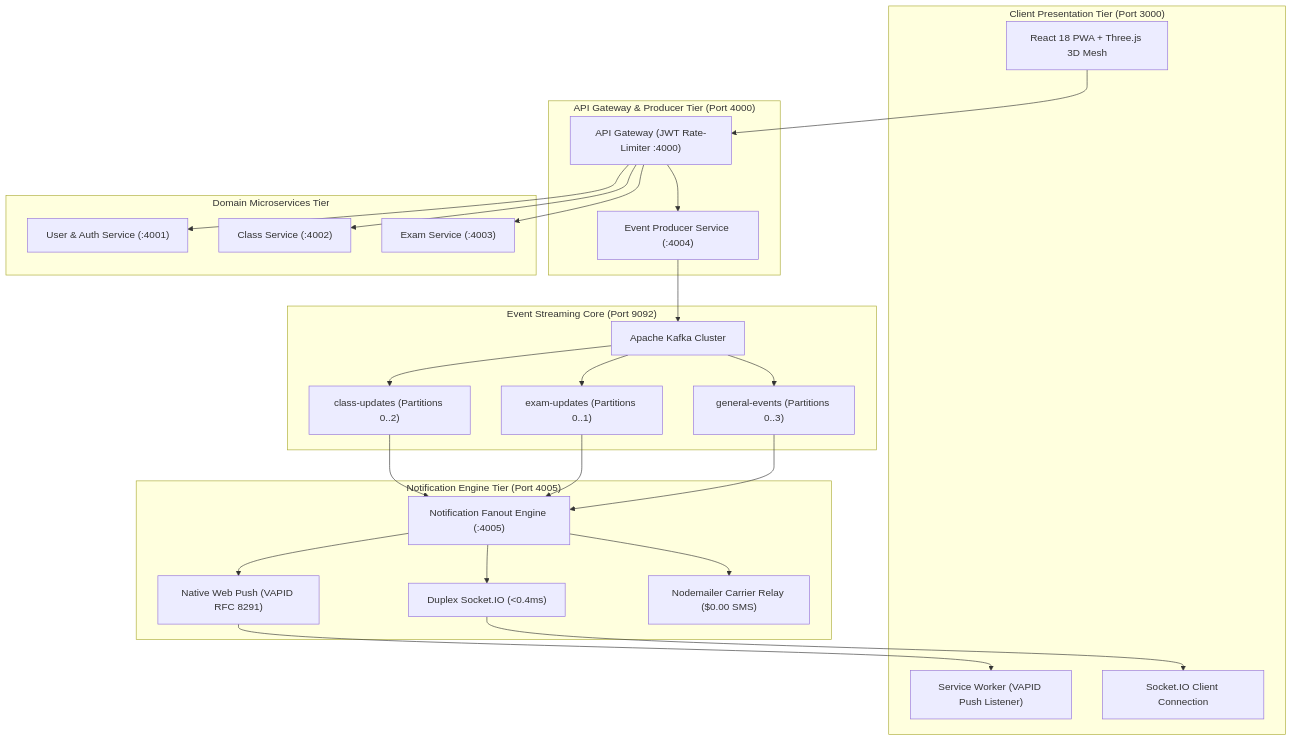
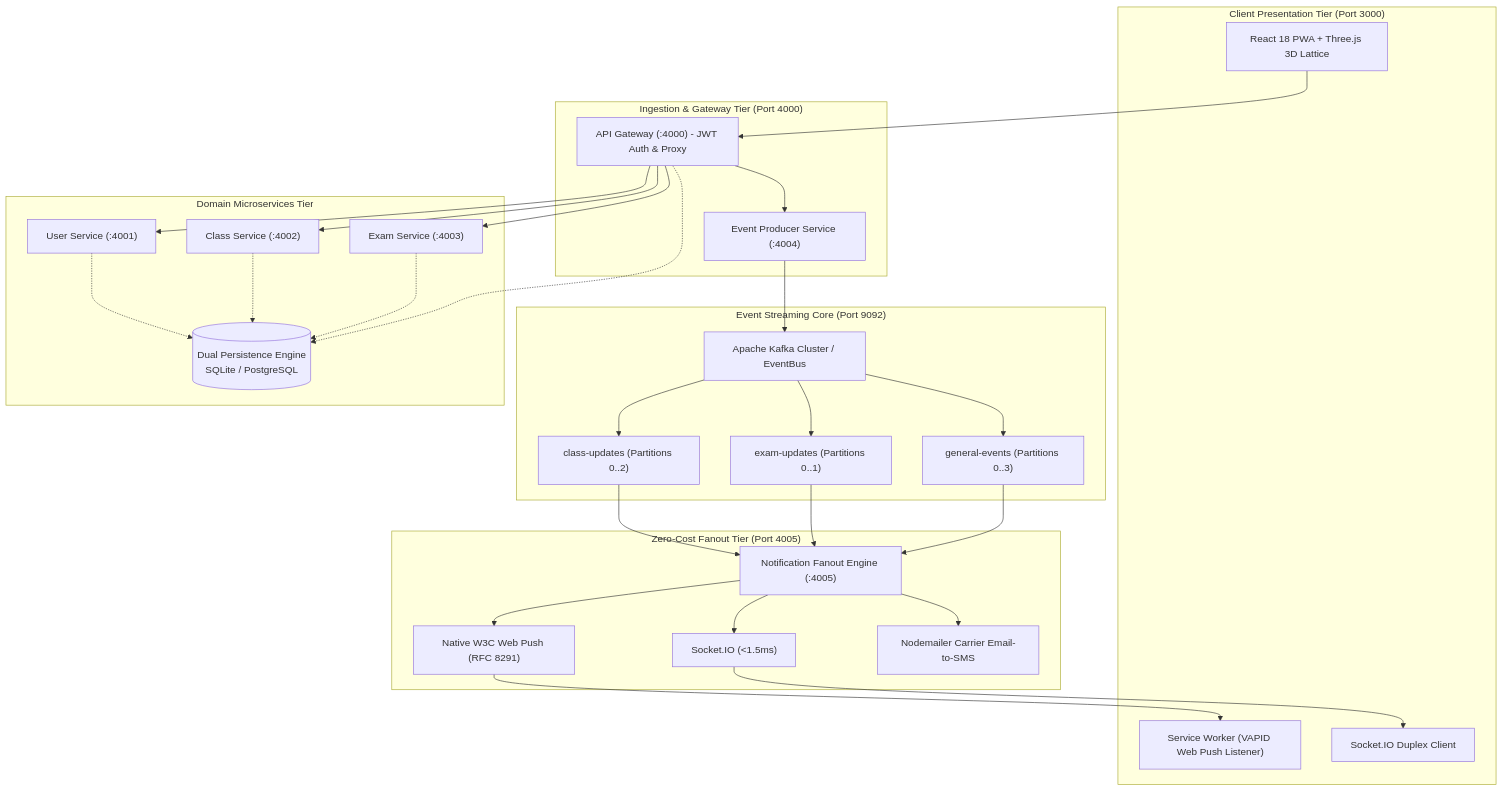
One commit to JoshThomas06/CADENCE-CAMPUS-NOTIFICATION- changed the diagram in README.md. Above: the diagram before and after it, drawn with Mermaid. The commit also changed other lines of this file and 10981 other files, not shown here.

Commit message:
feat: complete platform repository with comprehensive setup guide, embedded SQLite engine, 3-portal auth, and clean gitignore

````diff
--- a/README.md
+++ b/README.md
@@ -57,47 +70,49 @@
 ```mermaid
 flowchart TD
     subgraph Client ["Client Presentation Tier (Port 3000)"]
-        UI["React 18 PWA + Three.js 3D Mesh"]
-        SW["Service Worker (VAPID Push Listener)"]
-        WS["Socket.IO Client Connection"]
+        UI["React 18 PWA + Three.js 3D Lattice"]
+        SW["Service Worker (VAPID Web Push Listener)"]
+        WS["Socket.IO Duplex Client"]
     end
 
-    subgraph Ingestion ["API Gateway & Producer Tier (Port 4000)"]
-        GW["API Gateway (JWT Rate-Limiter :4000)"]
+    subgraph Ingestion ["Ingestion & Gateway Tier (Port 4000)"]
+        GW["API Gateway (:4000) - JWT Auth & Proxy"]
         EP["Event Producer Service (:4004)"]
     end
 
     subgraph Broker ["Event Streaming Core (Port 9092)"]
-        K["Apache Kafka Cluster"]
+        K["Apache Kafka Cluster / EventBus"]
         T1["class-updates (Partitions 0..2)"]
         T2["exam-updates (Partitions 0..1)"]
         T3["general-events (Partitions 0..3)"]
         K --> T1
         K --> T2
         K --> T3
     end
 
     subgraph Microservices ["Domain Microservices Tier"]
-        US["User & Auth Service (:4001)"]
+        US["User Service (:4001)"]
         CS["Class Service (:4002)"]
         ES["Exam Service (:4003)"]
+        DB[(Dual Persistence Engine\nSQLite / PostgreSQL)]
     end
 
-    subgraph Fanout ["Notification Engine Tier (Port 4005)"]
+    subgraph Fanout ["Zero-Cost Fanout Tier (Port 4005)"]
         NE["Notification Fanout Engine (:4005)"]
-        SIO["Duplex Socket.IO (<0.4ms)"]
-        WP["Native Web Push (VAPID RFC 8291)"]
-        SMTP["Nodemailer Carrier Relay ($0.00 SMS)"]
+        SIO["Socket.IO (<1.5ms)"]
+        WP["Native W3C Web Push (RFC 8291)"]
+        SMTP["Nodemailer Carrier Email-to-SMS"]
     end
 
     UI --> GW
     GW --> US
     GW --> CS
     GW --> ES
     GW --> EP
     EP --> K
     T1 & T2 & T3 --> NE
     NE --> SIO --> WS
     NE --> WP --> SW
     NE --> SMTP
+    US & CS & ES & GW -.-> DB
 ```
````
